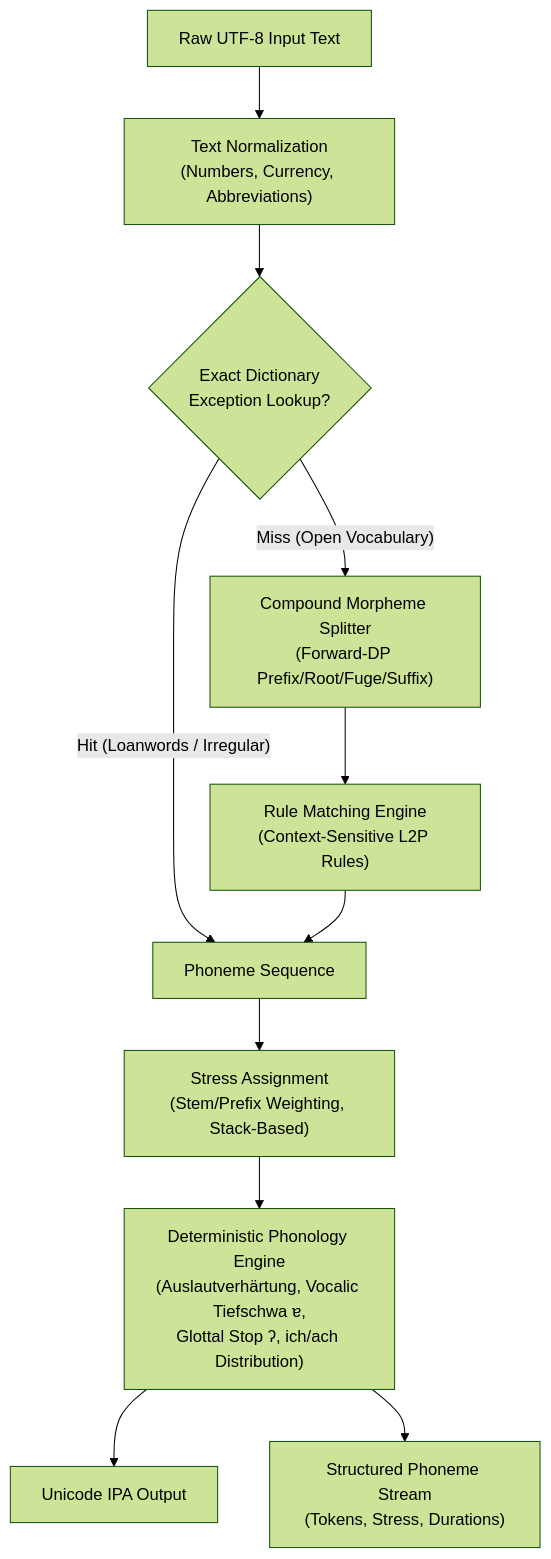
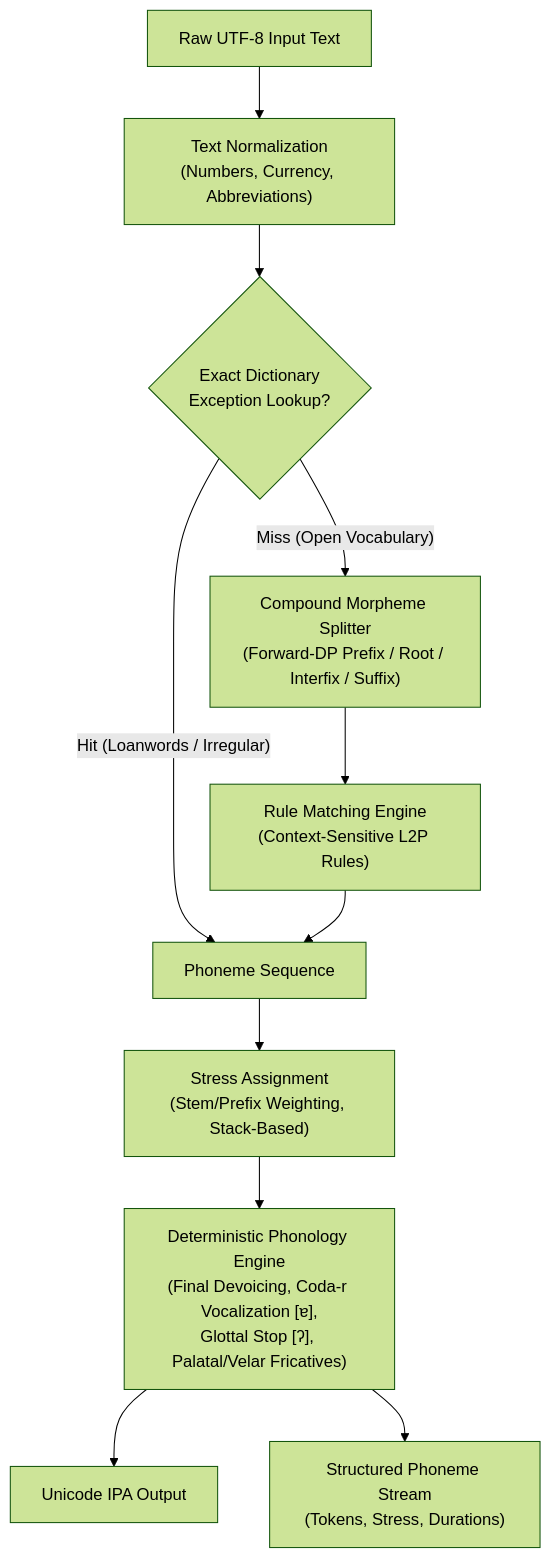
One commit to Strg-Alt-Entf-0x00/esp-idf-espure-g2p changed the diagram in README.md. Above: the diagram before and after it, drawn with Mermaid (forest theme). The commit also changed other lines of this file and 1 other file, not shown here.

````diff
--- a/README.md
+++ b/README.md
@@ -19,13 +19,13 @@
 ```mermaid
 flowchart TD
     A["Raw UTF-8 Input Text"] --> B["Text Normalization\n(Numbers, Currency, Abbreviations)"]
     B --> C{"Exact Dictionary\nException Lookup?"}
     C -- "Hit (Loanwords / Irregular)" --> D["Phoneme Sequence"]
-    C -- "Miss (Open Vocabulary)" --> E["Compound Morpheme Splitter\n(Forward-DP Prefix/Root/Fuge/Suffix)"]
+    C -- "Miss (Open Vocabulary)" --> E["Compound Morpheme Splitter\n(Forward-DP Prefix / Root / Interfix / Suffix)"]
     E --> F["Rule Matching Engine\n(Context-Sensitive L2P Rules)"]
     F --> D
     D --> G["Stress Assignment\n(Stem/Prefix Weighting, Stack-Based)"]
-    G --> H["Deterministic Phonology Engine\n(Auslautverhärtung, Vocalic Tiefschwa ɐ,\nGlottal Stop ʔ, ich/ach Distribution)"]
+    G --> H["Deterministic Phonology Engine\n(Final Devoicing, Coda-r Vocalization [ɐ],\nGlottal Stop [ʔ], Palatal/Velar Fricatives)"]
     H --> I["Unicode IPA Output"]
     H --> J["Structured Phoneme Stream\n(Tokens, Stress, Durations)"]
 ```
````
